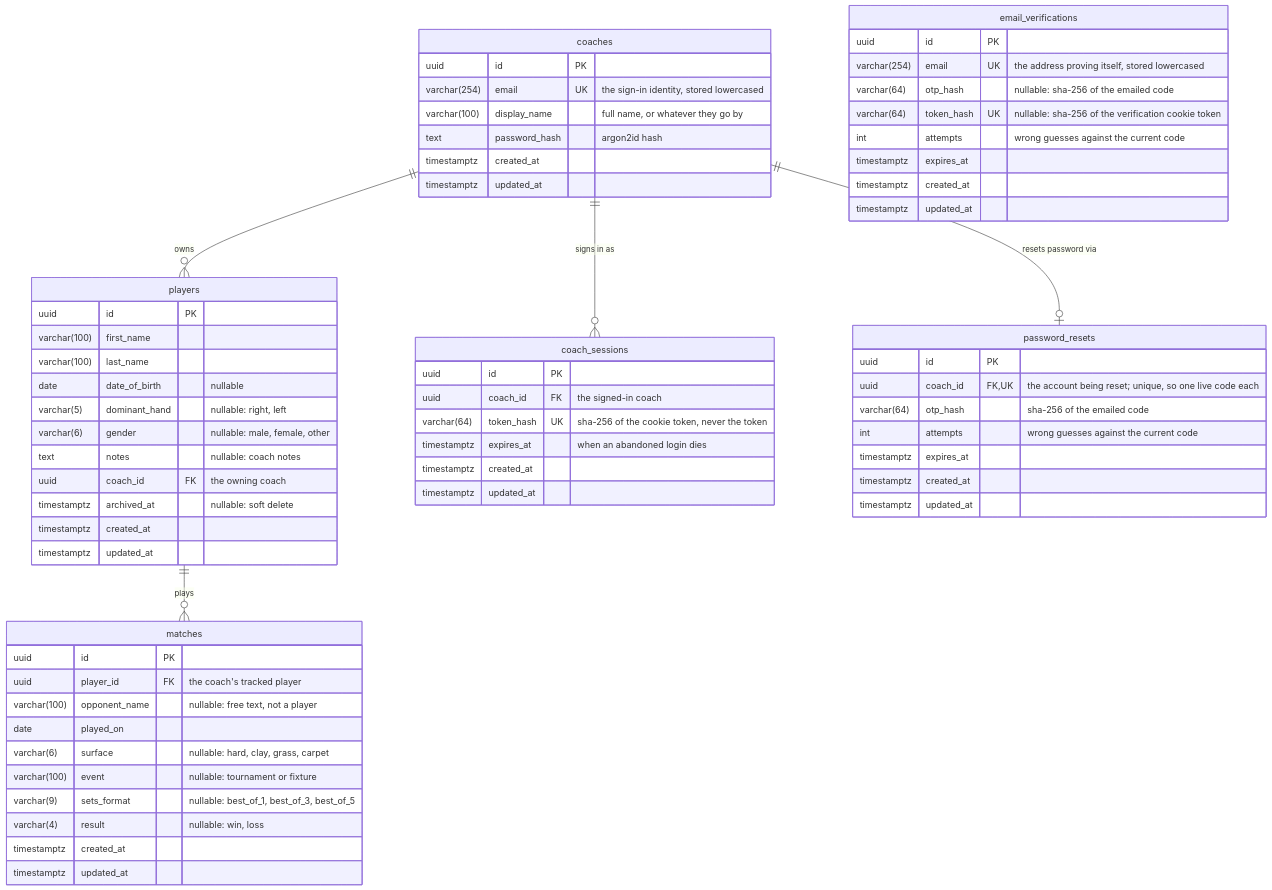
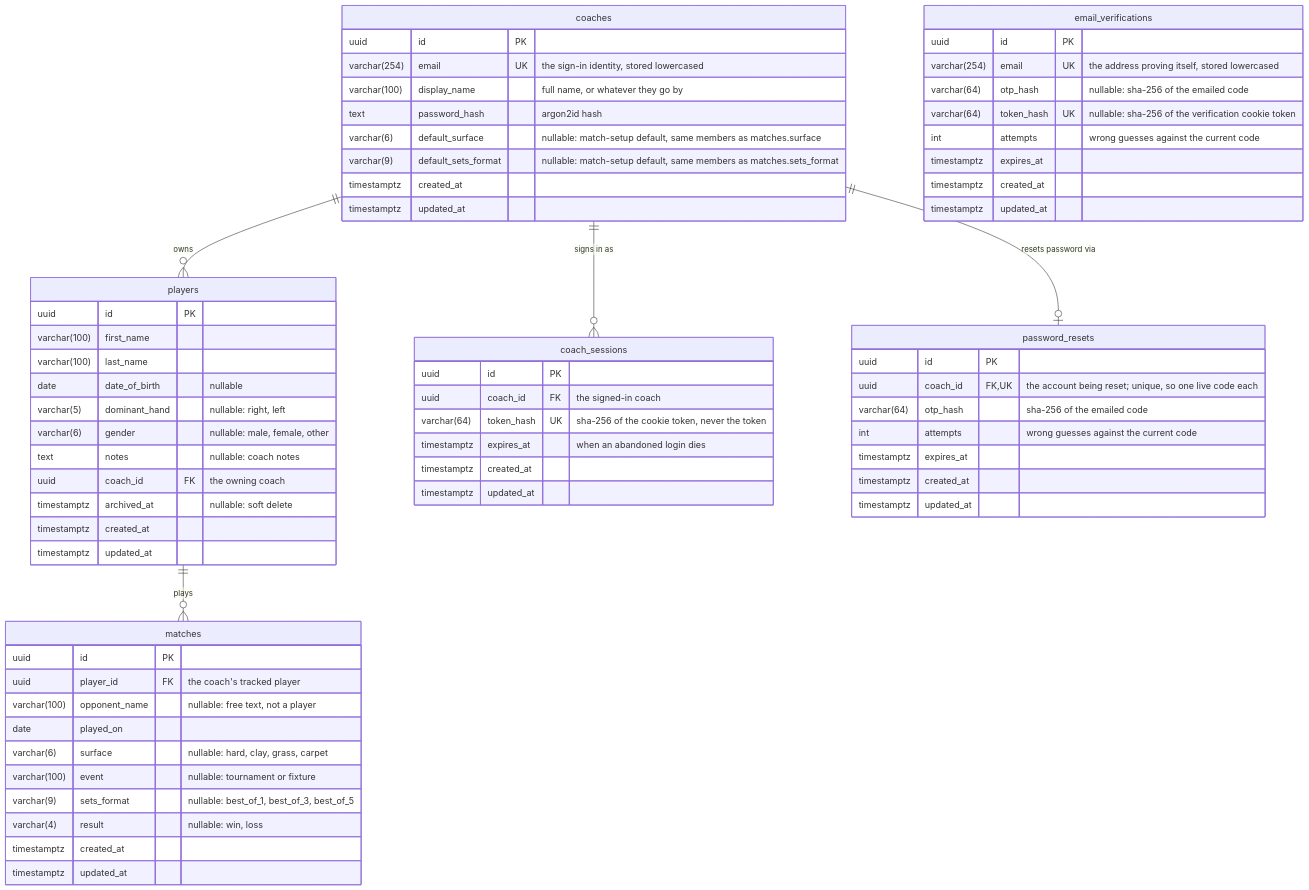
The diagram in docs/data-model.md (tkabalin/matchpoint), drawn with Mermaid before and after one commit. The commit also changed 11 other files, not shown here.

First line of the commit message:
feat(api): store per-coach match-setup defaults

````diff
--- a/docs/data-model.md
+++ b/docs/data-model.md
@@ -12,73 +12,75 @@
 ```mermaid
 erDiagram
     coaches ||--o{ players : owns
     coaches ||--o{ coach_sessions : "signs in as"
     coaches ||--o| password_resets : "resets password via"
     players ||--o{ matches : plays
 
     coaches {
         uuid id PK
         varchar(254) email UK "the sign-in identity, stored lowercased"
         varchar(100) display_name "full name, or whatever they go by"
         text password_hash "argon2id hash"
+        varchar(6) default_surface "nullable: match-setup default, same members as matches.surface"
+        varchar(9) default_sets_format "nullable: match-setup default, same members as matches.sets_format"
         timestamptz created_at
         timestamptz updated_at
     }
 
     coach_sessions {
         uuid id PK
         uuid coach_id FK "the signed-in coach"
         varchar(64) token_hash UK "sha-256 of the cookie token, never the token"
         timestamptz expires_at "when an abandoned login dies"
         timestamptz created_at
         timestamptz updated_at
     }
 
     email_verifications {
         uuid id PK
         varchar(254) email UK "the address proving itself, stored lowercased"
         varchar(64) otp_hash "nullable: sha-256 of the emailed code"
         varchar(64) token_hash UK "nullable: sha-256 of the verification cookie token"
         int attempts "wrong guesses against the current code"
         timestamptz expires_at
         timestamptz created_at
         timestamptz updated_at
     }
 
     password_resets {
         uuid id PK
         uuid coach_id FK,UK "the account being reset; unique, so one live code each"
         varchar(64) otp_hash "sha-256 of the emailed code"
         int attempts "wrong guesses against the current code"
         timestamptz expires_at
         timestamptz created_at
         timestamptz updated_at
     }
 
     players {
         uuid id PK
         varchar(100) first_name
         varchar(100) last_name
         date date_of_birth "nullable"
         varchar(5) dominant_hand "nullable: right, left"
         varchar(6) gender "nullable: male, female, other"
         text notes "nullable: coach notes"
         uuid coach_id FK "the owning coach"
         timestamptz archived_at "nullable: soft delete"
         timestamptz created_at
         timestamptz updated_at
     }
 
     matches {
         uuid id PK
         uuid player_id FK "the coach's tracked player"
         varchar(100) opponent_name "nullable: free text, not a player"
         date played_on
         varchar(6) surface "nullable: hard, clay, grass, carpet"
         varchar(100) event "nullable: tournament or fixture"
         varchar(9) sets_format "nullable: best_of_1, best_of_3, best_of_5"
         varchar(4) result "nullable: win, loss"
         timestamptz created_at
         timestamptz updated_at
     }
 ```
````
